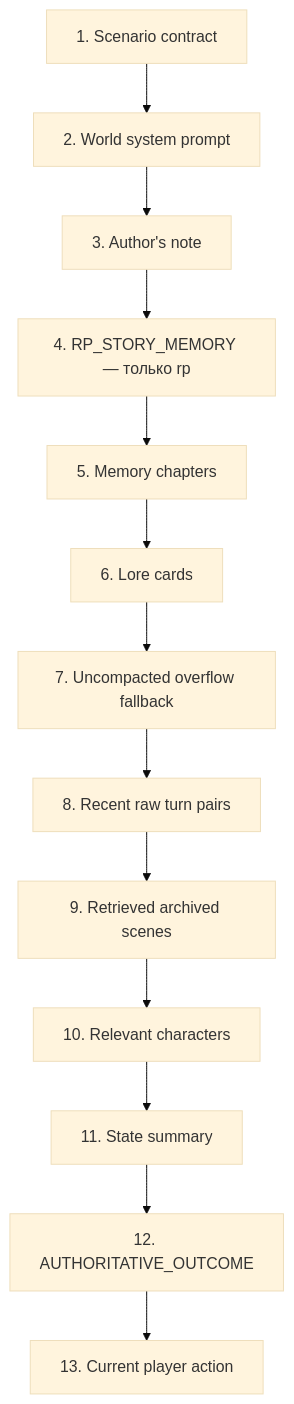
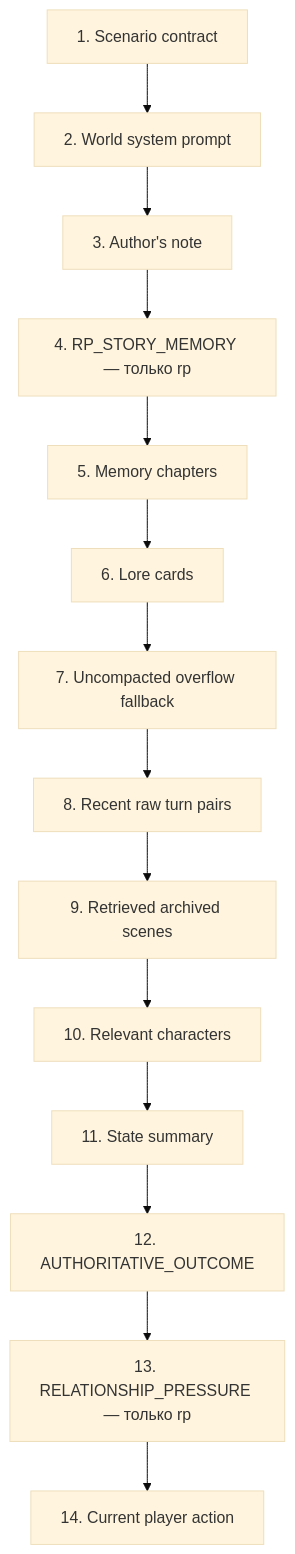
Before and after one commit to abykovwww-byte/ubuntu_ansible_palybooks: the diagram in docs/wiki/05-memory-and-retrieval.md, drawn with Mermaid (base theme). The commit also changed other lines of this file and 20 other files, not shown here.

Commit message:
feat: add RP relationship pressure layer

````diff
--- a/docs/wiki/05-memory-and-retrieval.md
+++ b/docs/wiki/05-memory-and-retrieval.md
@@ -94,15 +95,16 @@
 ```mermaid
 flowchart TB
     A["1. Scenario contract"] --> B["2. World system prompt"]
     B --> C["3. Author's note"]
     C --> D["4. RP_STORY_MEMORY — только rp"]
     D --> E["5. Memory chapters"]
     E --> F["6. Lore cards"]
     F --> G["7. Uncompacted overflow fallback"]
     G --> H["8. Recent raw turn pairs"]
     H --> I["9. Retrieved archived scenes"]
     I --> J["10. Relevant characters"]
     J --> K["11. State summary"]
     K --> L["12. AUTHORITATIVE_OUTCOME"]
-    L --> M["13. Current player action"]
+    L --> R["13. RELATIONSHIP_PRESSURE — только rp"]
+    R --> M["14. Current player action"]
 ```
````
